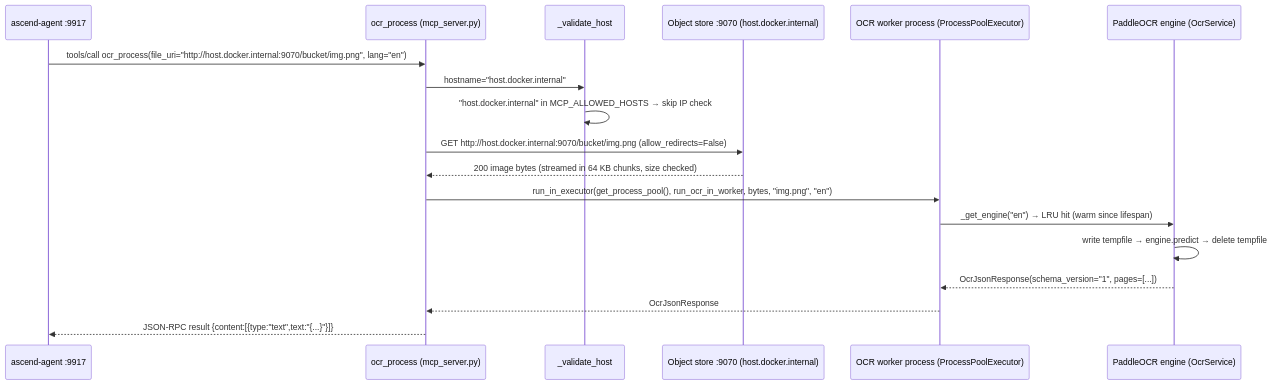
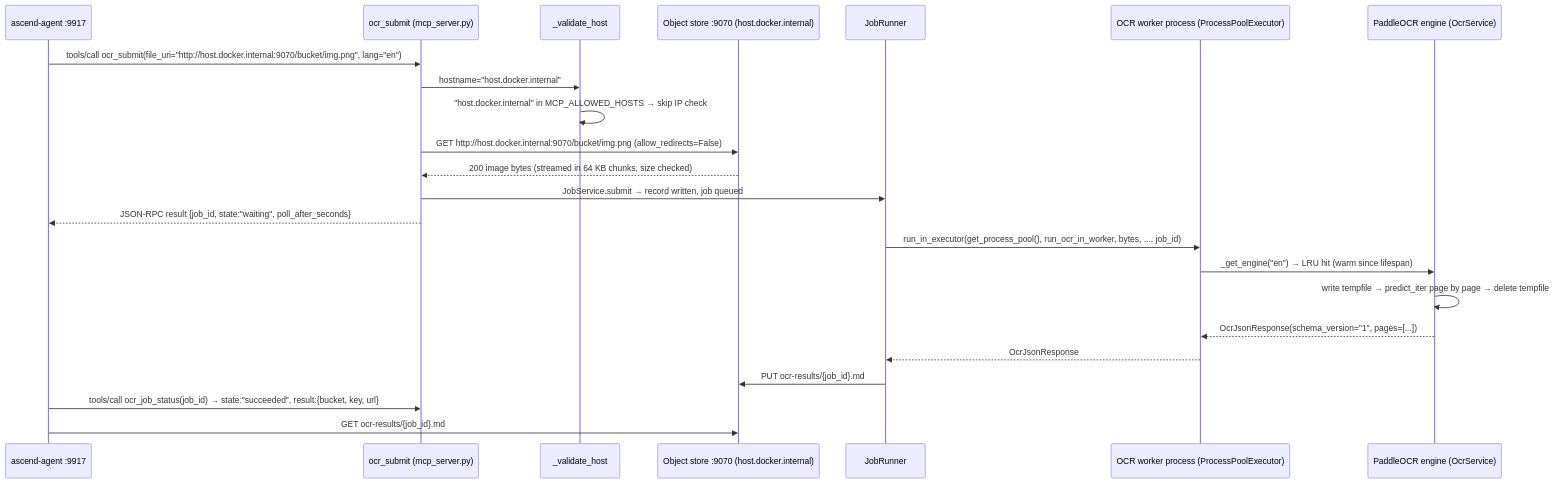
One commit to Lukk17/AscendAI changed the second of 2 diagrams in apps/ascend-ocr/docs/architecture/diagrams/container-diagram.md. Above: the diagram before and after it, drawn with Mermaid. The commit also changed other lines of this file and 1022 other files, not shown here.

First line of the commit message:
feat(ocr): move ascend-ocr to a job interface, add Pact contract tests and release six services (#5)

````diff
--- a/apps/ascend-ocr/docs/architecture/diagrams/container-diagram.md
+++ b/apps/ascend-ocr/docs/architecture/diagrams/container-diagram.md
@@ -47,24 +59,29 @@
 ```mermaid
 sequenceDiagram
-    accTitle: MCP ocr_process happy path via the S3-compatible object store
-    accDescr: Shows the full call chain from ascend-agent through the SSRF guard, the object-store download, and the OCR engine.
+    accTitle: MCP ocr_submit happy path via the S3-compatible object store
+    accDescr: Shows the full call chain from ascend-agent through the SSRF guard, the object-store download, the queue, the OCR engine, and the result bucket.
 
     participant Agent as ascend-agent :9917
-    participant MCP as ocr_process (mcp_server.py)
+    participant MCP as ocr_submit (mcp_server.py)
     participant Guard as _validate_host
     participant ObjectStore as Object store :9070 (host.docker.internal)
+    participant Runner as JobRunner
     participant Pool as OCR worker process (ProcessPoolExecutor)
     participant Engine as PaddleOCR engine (OcrService)
 
-    Agent->>MCP: tools/call ocr_process(file_uri="http://host.docker.internal:9070/bucket/img.png", lang="en")
+    Agent->>MCP: tools/call ocr_submit(file_uri="http://host.docker.internal:9070/bucket/img.png", lang="en")
     MCP->>Guard: hostname="host.docker.internal"
     Guard->>Guard: "host.docker.internal" in MCP_ALLOWED_HOSTS → skip IP check
     MCP->>ObjectStore: GET http://host.docker.internal:9070/bucket/img.png (allow_redirects=False)
     ObjectStore-->>MCP: 200 image bytes (streamed in 64 KB chunks, size checked)
-    MCP->>Pool: run_in_executor(get_process_pool(), run_ocr_in_worker, bytes, "img.png", "en")
+    MCP->>Runner: JobService.submit → record written, job queued
+    MCP-->>Agent: JSON-RPC result {job_id, state:"waiting", poll_after_seconds}
+    Runner->>Pool: run_in_executor(get_process_pool(), run_ocr_in_worker, bytes, ..., job_id)
     Pool->>Engine: _get_engine("en") → LRU hit (warm since lifespan)
-    Engine->>Engine: write tempfile → engine.predict → delete tempfile
+    Engine->>Engine: write tempfile → predict_iter page by page → delete tempfile
     Engine-->>Pool: OcrJsonResponse(schema_version="1", pages=[...])
-    Pool-->>MCP: OcrJsonResponse
-    MCP-->>Agent: JSON-RPC result {content:[{type:"text",text:"{...}"}]}
+    Pool-->>Runner: OcrJsonResponse
+    Runner->>ObjectStore: PUT ocr-results/{job_id}.md
+    Agent->>MCP: tools/call ocr_job_status(job_id) → state:"succeeded", result:{bucket, key, url}
+    Agent->>ObjectStore: GET ocr-results/{job_id}.md
 ```
````
